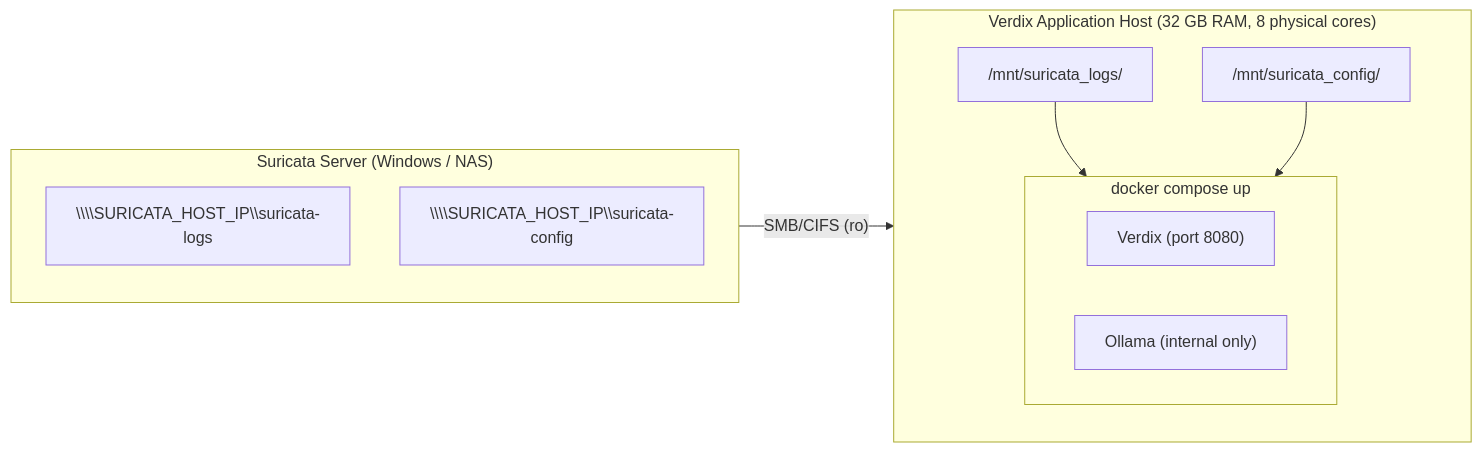
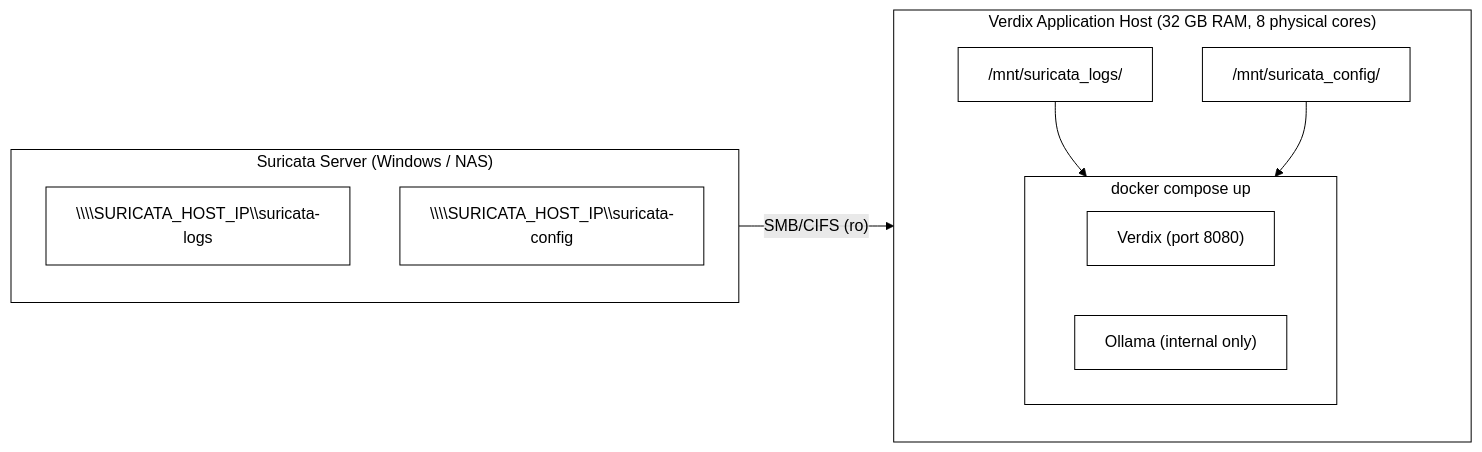
The third of 3 diagrams in docs/DEPLOYMENT.md (verdixsec/verdix), drawn with Mermaid before and after one commit. The commit also changed other lines of this file, not shown here.

````diff
--- a/docs/DEPLOYMENT.md
+++ b/docs/DEPLOYMENT.md
@@ -418,18 +428,24 @@
 ```mermaid
 flowchart LR
     subgraph suricatasvr["Suricata Server (Windows / NAS)"]
         w_logs["\\\\SURICATA_HOST_IP\\suricata-logs"]
         w_config["\\\\SURICATA_HOST_IP\\suricata-config"]
     end
     subgraph apphost["Verdix Application Host (32 GB RAM, 8 physical cores)"]
         m_logs["/mnt/suricata_logs/"]
         m_config["/mnt/suricata_config/"]
         subgraph compose["docker compose up"]
             verdix["Verdix (port 8080)"]
             ollama["Ollama (internal only)"]
         end
         m_logs --> compose
         m_config --> compose
     end
     suricatasvr -->|"SMB/CIFS (ro)"| apphost
+    classDef bw fill:#ffffff,stroke:#000000,color:#000000;
+    class w_logs,w_config,m_logs,m_config,verdix,ollama bw;
+    style suricatasvr fill:#ffffff,stroke:#000000,color:#000000
+    style apphost fill:#ffffff,stroke:#000000,color:#000000
+    style compose fill:#ffffff,stroke:#000000,color:#000000
+    linkStyle default stroke:#000000,color:#000000
 ```
````
